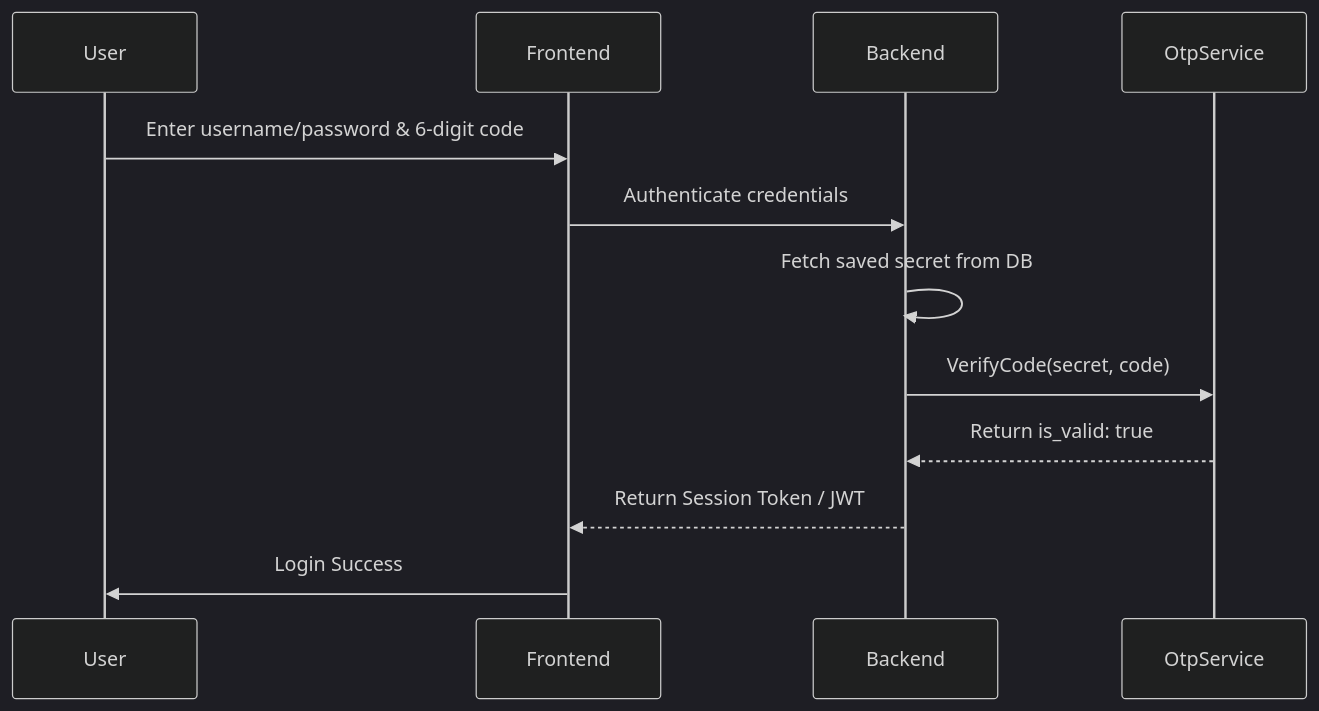
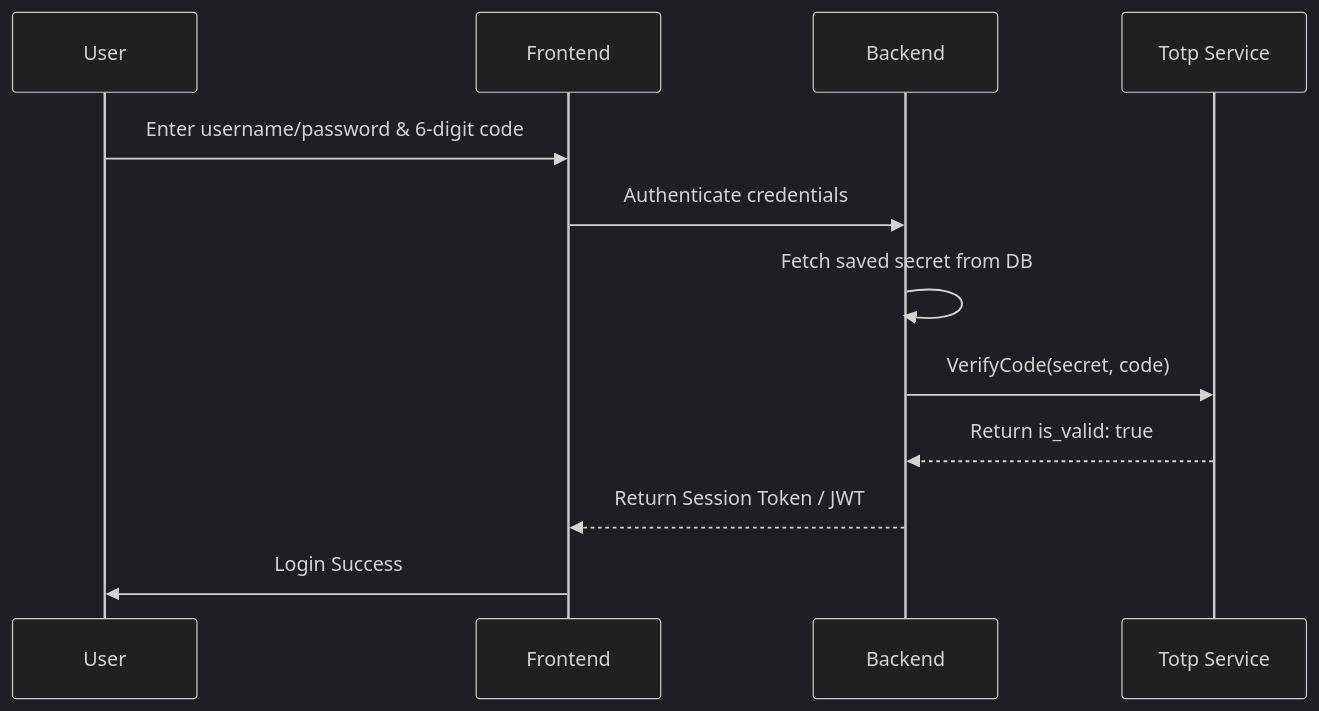
The second of 2 diagrams in README.md (ndri-nr/rust-grpc-totp), drawn with Mermaid (dark theme) before and after one commit. The commit also changed other lines of this file, not shown here.

Commit message:
docs: rename OtpService to Totp Service in README sequence diagrams

````diff
--- a/README.md
+++ b/README.md
@@ -197,14 +197,14 @@
 ```mermaid
 sequenceDiagram
     participant User
     participant Frontend
     participant Backend
-    participant OtpService
+    participant Totp Service
     User->>Frontend: Enter username/password & 6-digit code
     Frontend->>Backend: Authenticate credentials
     Backend->>Backend: Fetch saved secret from DB
-    Backend->>OtpService: VerifyCode(secret, code)
-    OtpService-->>Backend: Return is_valid: true
+    Backend->>Totp Service: VerifyCode(secret, code)
+    Totp Service-->>Backend: Return is_valid: true
     Backend-->>Frontend: Return Session Token / JWT
     Frontend->>User: Login Success
 ```
````
